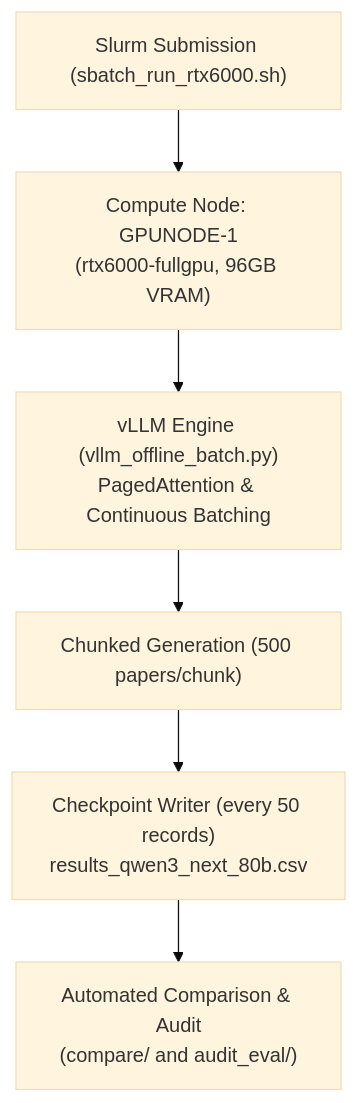
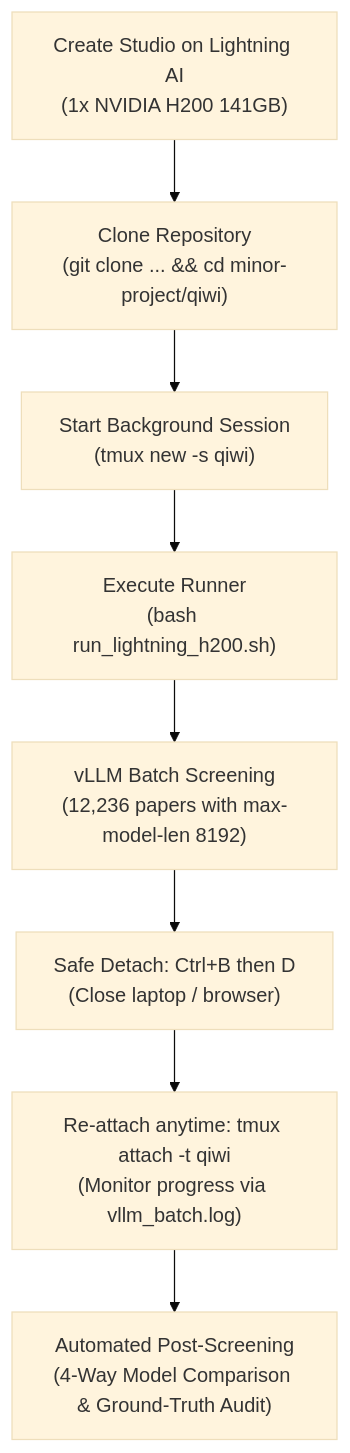
Before and after one commit to hit-by-git/minor-project: the diagram in qiwi/QWEN3_IMPLEMENTATION_PLAN.md, drawn with Mermaid (base theme). The commit also changed other lines of this file and 4 other files, not shown here.

Commit message:
Configure Qwen3-Next-80B for Lightning AI H200 GPU with persistent tmux runner

````diff
--- a/qiwi/QWEN3_IMPLEMENTATION_PLAN.md
+++ b/qiwi/QWEN3_IMPLEMENTATION_PLAN.md
@@ -54,8 +53,10 @@
 ```mermaid
 flowchart TD
-    A["Slurm Submission (sbatch_run_rtx6000.sh)"] --> B["Compute Node: GPUNODE-1<br/>(rtx6000-fullgpu, 96GB VRAM)"]
-    B --> C["vLLM Engine (vllm_offline_batch.py)<br/>PagedAttention & Continuous Batching"]
-    C --> D["Chunked Generation (500 papers/chunk)"]
-    D --> E["Checkpoint Writer (every 50 records)<br/>results_qwen3_next_80b.csv"]
-    E --> F["Automated Comparison & Audit<br/>(compare/ and audit_eval/)"]
+    A["Create Studio on Lightning AI<br/>(1x NVIDIA H200 141GB)"] --> B["Clone Repository<br/>(git clone ... && cd minor-project/qiwi)"]
+    B --> C["Start Background Session<br/>(tmux new -s qiwi)"]
+    C --> D["Execute Runner<br/>(bash run_lightning_h200.sh)"]
+    D --> E["vLLM Batch Screening<br/>(12,236 papers with max-model-len 8192)"]
+    E --> F["Safe Detach: Ctrl+B then D<br/>(Close laptop / browser)"]
+    F --> G["Re-attach anytime: tmux attach -t qiwi<br/>(Monitor progress via vllm_batch.log)"]
+    G --> H["Automated Post-Screening<br/>(4-Way Model Comparison & Ground-Truth Audit)"]
 ```
````
